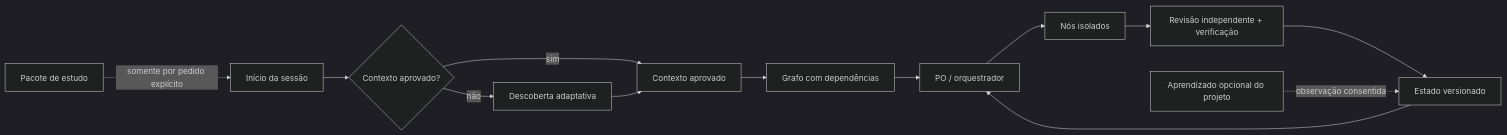
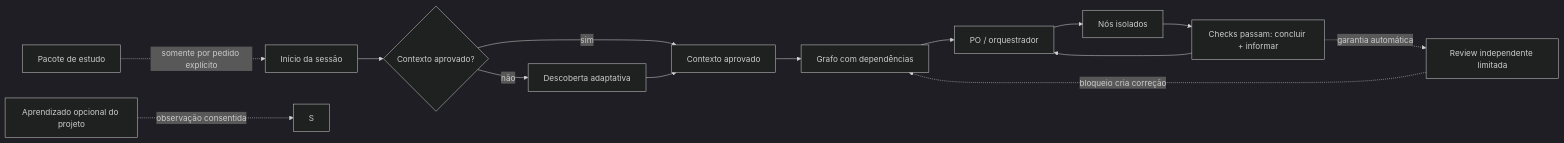
One commit to Eduardo-Salvador/Agent-Harness-Kit changed the diagram in README.pt-BR.md. Above: the diagram before and after it, drawn with Mermaid (dark theme). The commit also changed other lines of this file and 67 other files, not shown here.

````diff
--- a/README.pt-BR.md
+++ b/README.pt-BR.md
@@ -77,14 +98,15 @@
 ```mermaid
 flowchart LR
     H[Início da sessão] --> I{Contexto aprovado?}
     I -- não --> D[Descoberta adaptativa]
-    I -- sim --> C[Contexto aprovado]
-    D --> C --> G[Grafo com dependências]
+    I -- sim --> A[Contexto aprovado]
+    D --> A --> G[Grafo com dependências]
     G --> O[PO / orquestrador]
     O --> W[Nós isolados]
-    W --> V[Revisão independente + verificação]
-    V --> S[Estado versionado]
-    S --> O
+    W --> X[Checks passam: concluir + informar]
+    X --> O
+    X -. garantia automática .-> V[Review independente limitada]
+    V -. bloqueio cria correção .-> G
     L[Aprendizado opcional do projeto] -. observação consentida .-> S
     P[Pacote de estudo] -. somente por pedido explícito .-> H
 ```
````
